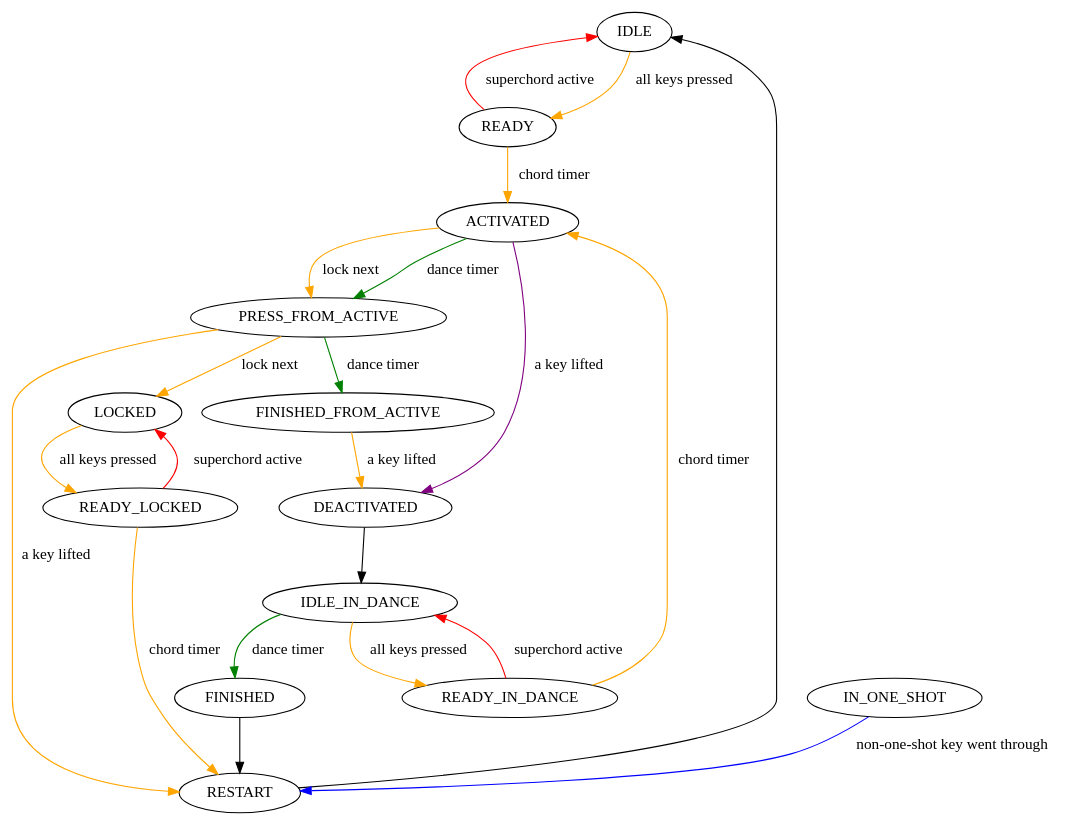
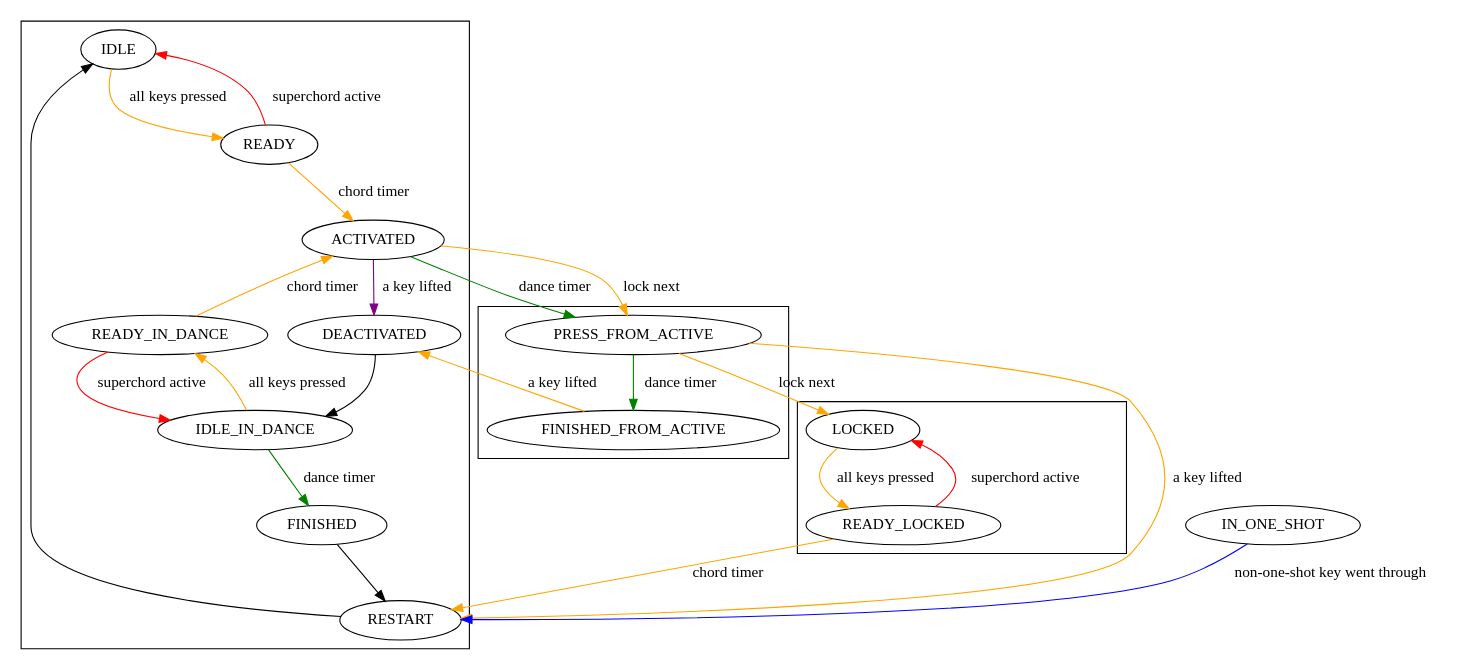
One commit to DennyTom/buttery_engine changed the diagram in state_machine.dot. Above: the diagram before and after it, drawn with Graphviz. The commit also changed 1 other file, not shown here.

Commit message:
Simplified the state machine graph

```diff
--- a/state_machine.dot
+++ b/state_machine.dot
@@ -1,49 +1,61 @@
 digraph {
-	IDLE
-	READY
-	ACTIVATED
-	DEACTIVATED
-	PRESS_FROM_ACTIVE
-	FINISHED_FROM_ACTIVE
-	IDLE_IN_DANCE
-	READY_IN_DANCE
-	FINISHED
-	LOCKED
-	READY_LOCKED
-	RESTART
+	subgraph cluster_0 {
+		IDLE
+		READY
+		ACTIVATED
+		DEACTIVATED
+		IDLE_IN_DANCE
+		READY_IN_DANCE
+		FINISHED
+		RESTART
+		{rank=same; DEACTIVATED, READY_IN_DANCE}
+	}
+	
+	subgraph cluster_1 {
+		PRESS_FROM_ACTIVE
+		FINISHED_FROM_ACTIVE
+	}
+	
+	subgraph cluster_2 {
+		LOCKED
+		READY_LOCKED
+	}
+
 	IN_ONE_SHOT
+
+	
 
 	// common
 	FINISHED -> RESTART;
 	RESTART -> IDLE;
 	DEACTIVATED -> IDLE_IN_DANCE;
 
 	// kill_one_shots()
 	IN_ONE_SHOT -> RESTART [label="non-one-shot key went through", color="blue"];
 	
 	// process_finished_dances()
 	ACTIVATED -> PRESS_FROM_ACTIVE [label="dance timer", color="green"];
 	IDLE_IN_DANCE -> FINISHED [label="dance timer", color="green"];
 	PRESS_FROM_ACTIVE -> FINISHED_FROM_ACTIVE [label="dance timer", color="green"];
 
 	// remove_subchords()
 	READY -> IDLE [label="superchord active", color="red"];
 	READY_IN_DANCE -> IDLE_IN_DANCE [label="superchord active", color="red"];
 	READY_LOCKED -> LOCKED [label="superchord active", color="red"];
 
 	// process_ready_chords()
 	LOCKED -> READY_LOCKED [label="all keys pressed", color="orange"];
 	IDLE -> READY [label="all keys pressed", color="orange"];
 	IDLE_IN_DANCE -> READY_IN_DANCE [label="all keys pressed", color="orange"];
 
 	READY_LOCKED -> RESTART [label="chord timer", color="orange"];
 	READY -> ACTIVATED [label="chord timer", color="orange"];
 	READY_IN_DANCE -> ACTIVATED [label="chord timer", color="orange"];
 	ACTIVATED -> PRESS_FROM_ACTIVE [label="lock next", color="orange"];
 	PRESS_FROM_ACTIVE -> LOCKED [label="lock next", color="orange"];
 
 	// deactivate_active_chords()
 	ACTIVATED -> DEACTIVATED [label="a key lifted", color="purple"];
 	PRESS_FROM_ACTIVE -> RESTART [label="a key lifted", color="orange"];
 	FINISHED_FROM_ACTIVE -> DEACTIVATED [label="a key lifted", color="orange"];
 }
```
